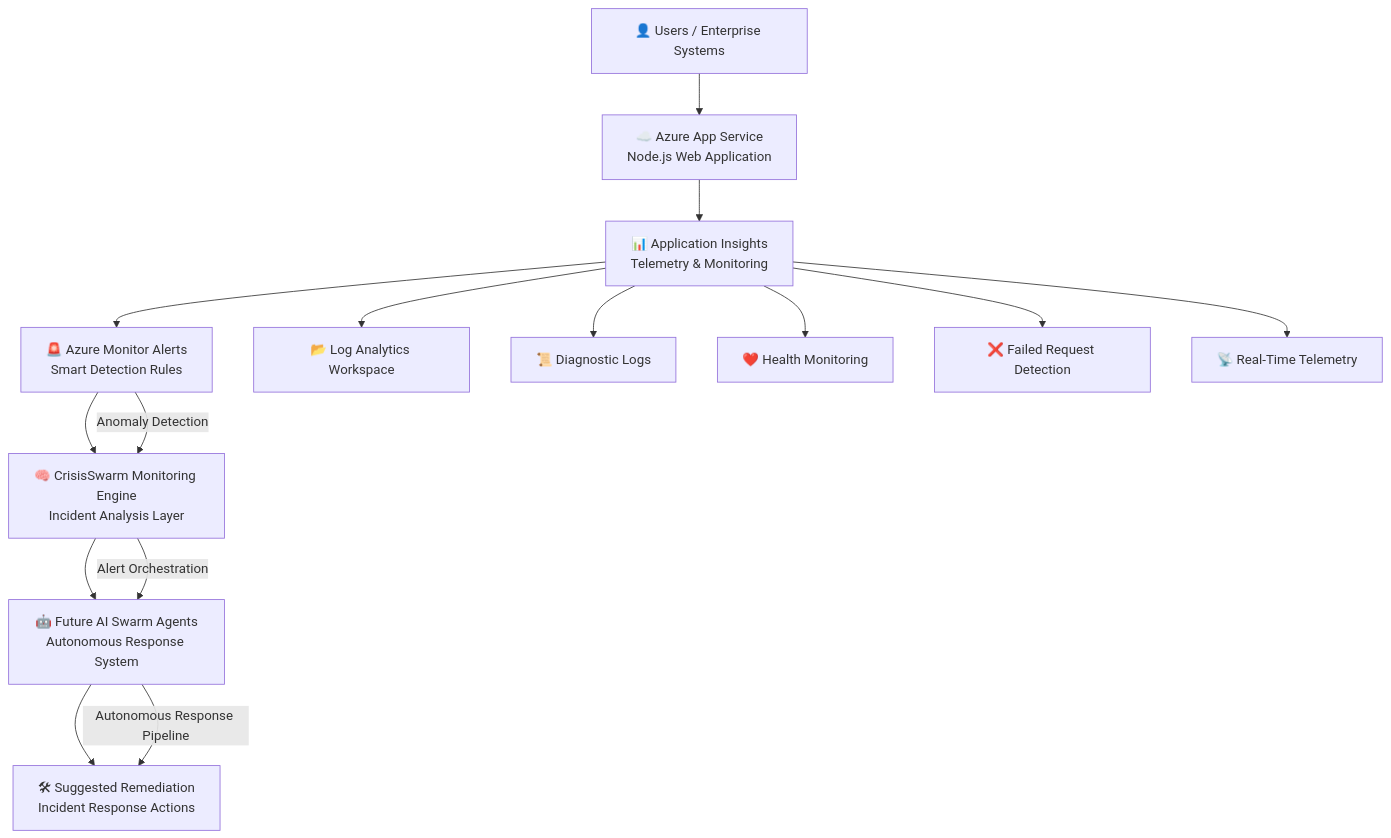
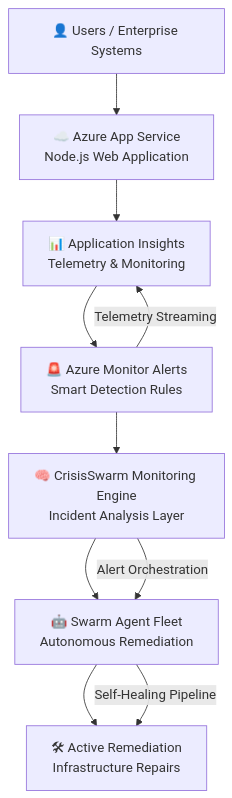
Before and after one commit to Princedeepu381/CrisisSwarm: the diagram in README.md, drawn with Mermaid. The commit also changed other lines of this file, not shown here.

````diff
--- a/README.md
+++ b/README.md
@@ -77,44 +33,21 @@
 ```mermaid
 flowchart TD
-
     U[👤 Users / Enterprise Systems]
-
     A[☁️ Azure App Service<br/>Node.js Web Application]
-
     B[📊 Application Insights<br/>Telemetry & Monitoring]
-
     C[🚨 Azure Monitor Alerts<br/>Smart Detection Rules]
-
     D[🧠 CrisisSwarm Monitoring Engine<br/>Incident Analysis Layer]
-
-    E[🤖 Future AI Swarm Agents<br/>Autonomous Response System]
-
-    F[🛠 Suggested Remediation<br/>Incident Response Actions]
-
-    G[📂 Log Analytics Workspace]
-
-    H[📜 Diagnostic Logs]
-
-    I[❤️ Health Monitoring]
-
-    J[❌ Failed Request Detection]
-
-    K[📡 Real-Time Telemetry]
+    E[🤖 Swarm Agent Fleet<br/>Autonomous Remediation]
+    F[🛠 Active Remediation<br/>Infrastructure Repairs]
 
     U --> A
     A --> B
     B --> C
     C --> D
     D --> E
     E --> F
 
-    B --> G
-    B --> H
-    B --> I
-    B --> J
-    B --> K
-
-    C -->|Anomaly Detection| D
+    C -->|Telemetry Streaming| B
     D -->|Alert Orchestration| E
-    E -->|Autonomous Response Pipeline| F
+    E -->|Self-Healing Pipeline| F
 ```
````
